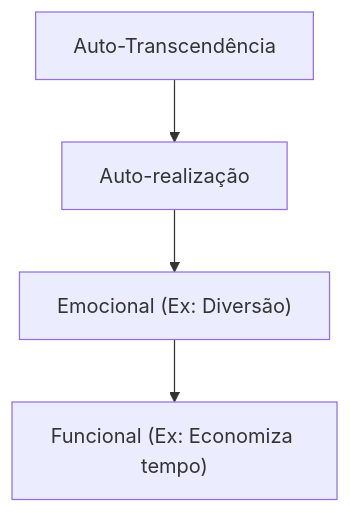
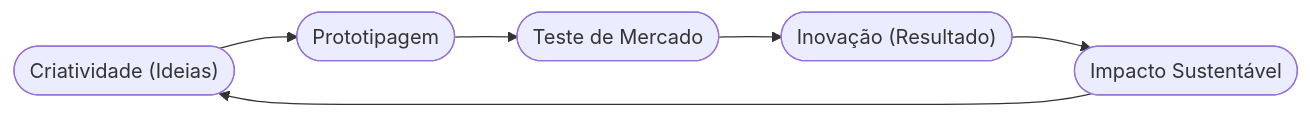
One commit to ricardotecpro/adm_gestao_dmn changed the diagram in docs/slides/src/slide-03.md. Above: the diagram before and after it, drawn with Mermaid. The commit also changed other lines of this file and 171 other files, not shown here.

````diff
--- a/docs/slides/src/slide-03.md
+++ b/docs/slides/src/slide-03.md
@@ -73,6 +76,8 @@
 ```mermaid
-graph TD
-    A["Auto-Transcendência"] --> B["Auto-realização"]
-    B --> C["Emocional (Ex: Diversão)"]
-    C --> D["Funcional (Ex: Economiza tempo)"]
+graph LR
+    A(["Criatividade (Ideias)"]) --> B(["Prototipagem"])
+    B --> C(["Teste de Mercado"])
+    C --> D(["Inovação (Resultado)"])
+    D --> E(["Impacto Sustentável"])
+    E --> A
 ```
````
